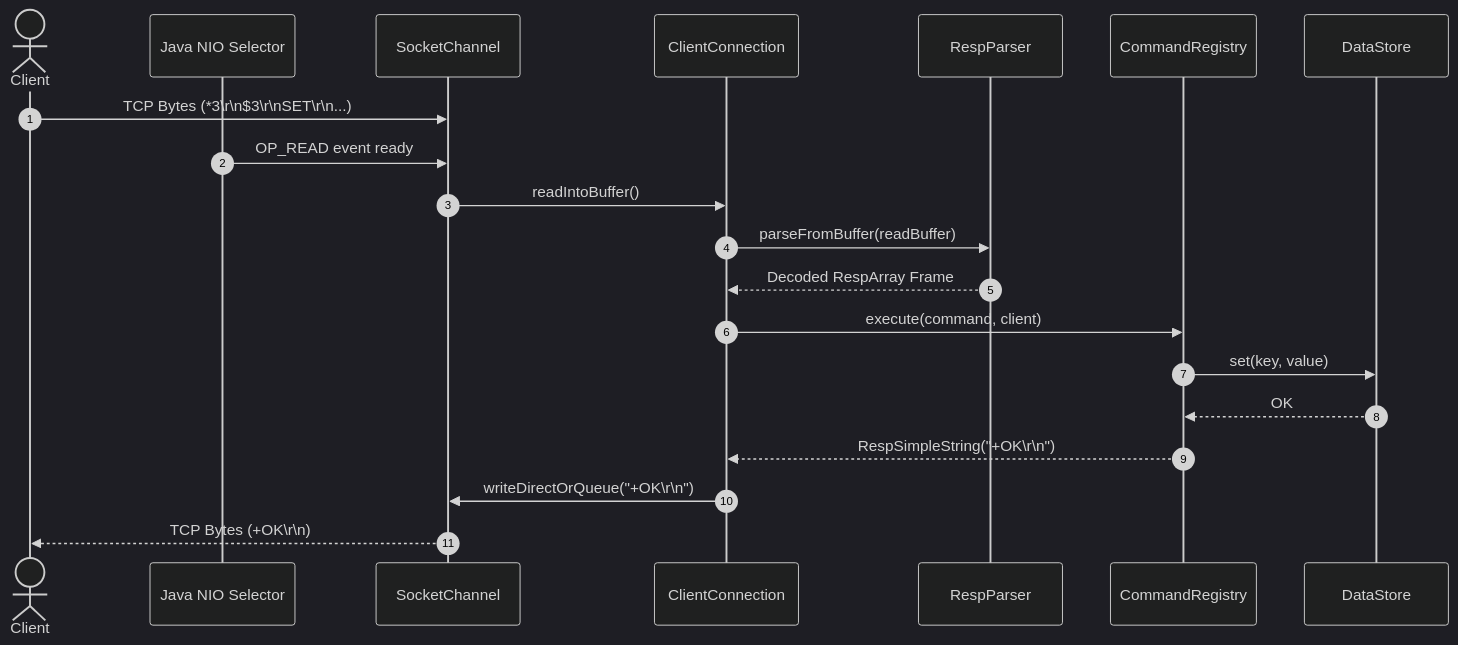
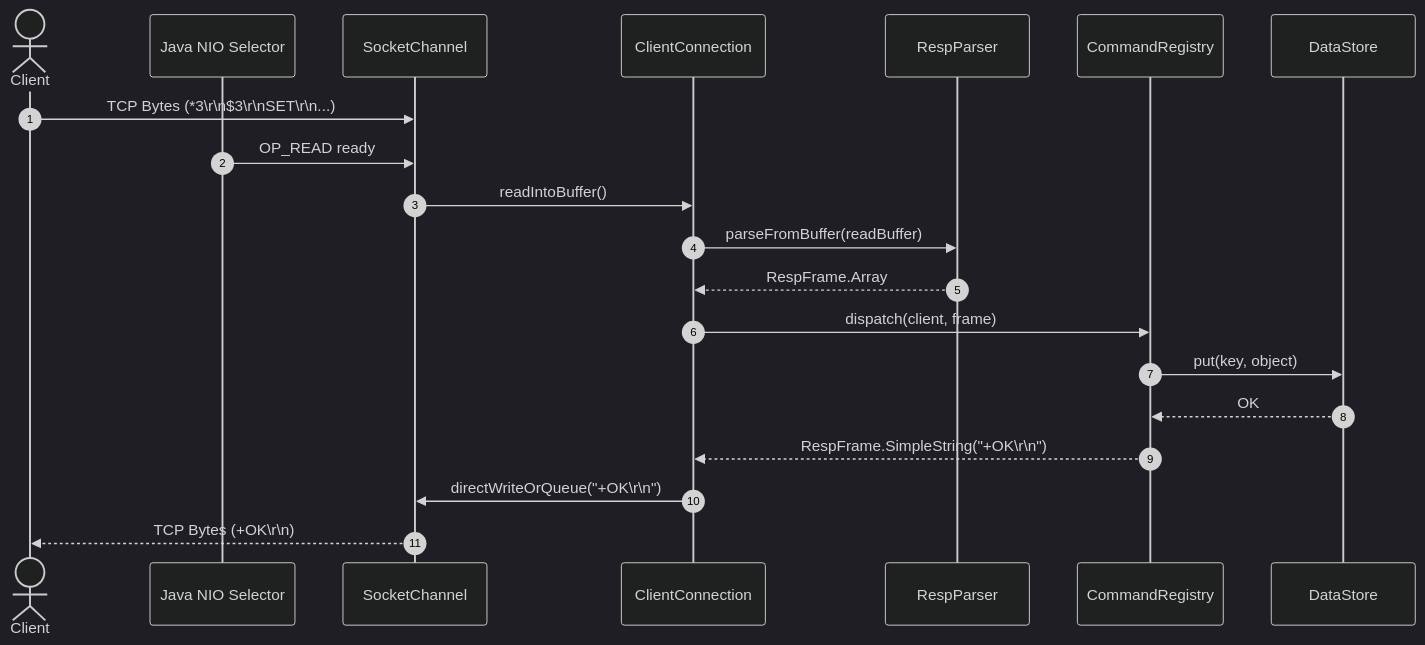
The second of 3 diagrams in docs/ARCHITECTURE.md (arraimal70-code/Redis-Java), drawn with Mermaid (dark theme) before and after one commit. The commit also changed other lines of this file and 16 other files, not shown here.

````diff
--- a/docs/ARCHITECTURE.md
+++ b/docs/ARCHITECTURE.md
@@ -73,23 +77,23 @@
 ```mermaid
 sequenceDiagram
     autonumber
     actor Client
     participant Selector as Java NIO Selector
     participant Channel as SocketChannel
     participant Conn as ClientConnection
     participant Parser as RespParser
     participant Registry as CommandRegistry
     participant Store as DataStore
 
     Client->>Channel: TCP Bytes (*3\r\n$3\r\nSET\r\n...)
-    Selector->>Channel: OP_READ event ready
+    Selector->>Channel: OP_READ ready
     Channel->>Conn: readIntoBuffer()
     Conn->>Parser: parseFromBuffer(readBuffer)
-    Parser-->>Conn: Decoded RespArray Frame
-    Conn->>Registry: execute(command, client)
-    Registry->>Store: set(key, value)
+    Parser-->>Conn: RespFrame.Array
+    Conn->>Registry: dispatch(client, frame)
+    Registry->>Store: put(key, object)
     Store-->>Registry: OK
-    Registry-->>Conn: RespSimpleString("+OK\r\n")
-    Conn->>Channel: writeDirectOrQueue("+OK\r\n")
+    Registry-->>Conn: RespFrame.SimpleString("+OK\r\n")
+    Conn->>Channel: directWriteOrQueue("+OK\r\n")
     Channel-->>Client: TCP Bytes (+OK\r\n)
 ```
````
